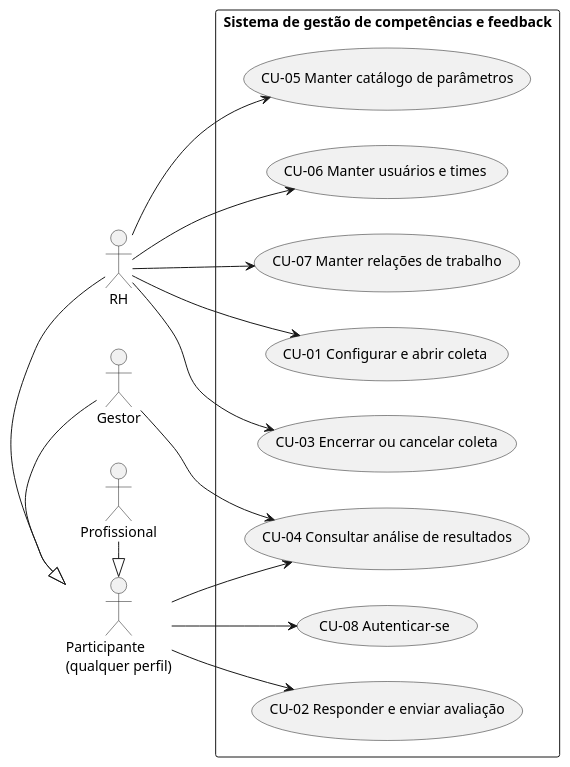
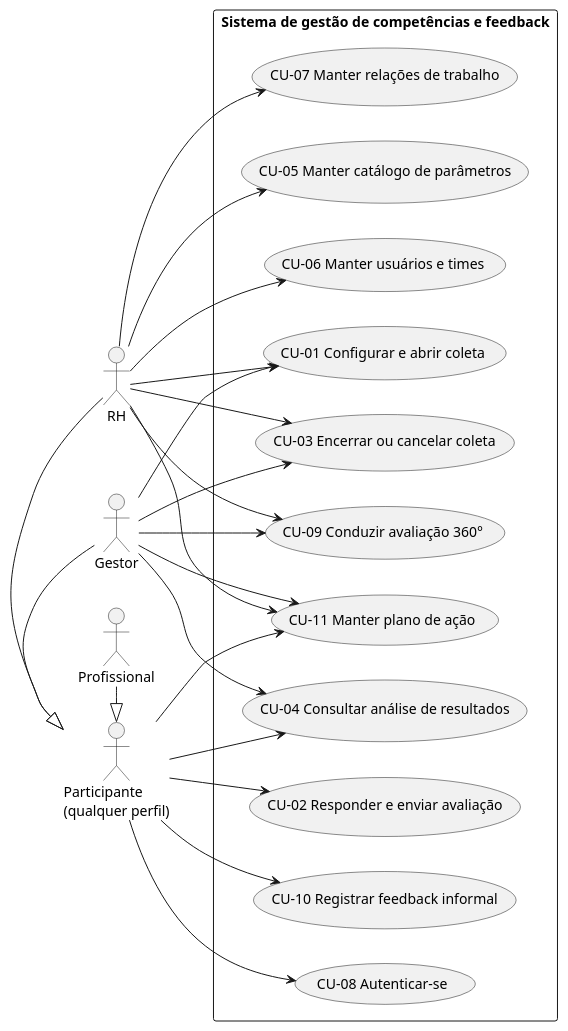
Before and after one commit to EnzoMachad0/projeto-dominios: the diagram in docs/casos-de-uso/diagrama-casos-de-uso.puml, drawn with PlantUML. The commit also changed 4 other files, not shown here.

Commit message:
docs: inclui 360°, feedback informal e plano de ação nos casos de uso (#40)

```diff
--- a/docs/casos-de-uso/diagrama-casos-de-uso.puml
+++ b/docs/casos-de-uso/diagrama-casos-de-uso.puml
@@ -1,34 +1,45 @@
 @startuml diagrama-casos-de-uso
 left to right direction
 skinparam packageStyle rectangle
 
 actor "Participante\n(qualquer perfil)" as PART
 actor RH
 actor Gestor
 actor Profissional as PROF
 
 RH -|> PART
 Gestor -|> PART
 PROF -|> PART
 
 rectangle "Sistema de gestão de competências e feedback" {
   usecase "CU-01 Configurar e abrir coleta" as CU01
   usecase "CU-02 Responder e enviar avaliação" as CU02
   usecase "CU-03 Encerrar ou cancelar coleta" as CU03
   usecase "CU-04 Consultar análise de resultados" as CU04
   usecase "CU-05 Manter catálogo de parâmetros" as CU05
   usecase "CU-06 Manter usuários e times" as CU06
   usecase "CU-07 Manter relações de trabalho" as CU07
   usecase "CU-08 Autenticar-se" as CU08
+  usecase "CU-09 Conduzir avaliação 360°" as CU09
+  usecase "CU-10 Registrar feedback informal" as CU10
+  usecase "CU-11 Manter plano de ação" as CU11
 }
 
 RH --> CU01
 RH --> CU03
 RH --> CU05
 RH --> CU06
 RH --> CU07
 PART --> CU02
 PART --> CU04
 Gestor --> CU04
 PART --> CU08
+PART --> CU10
+PART --> CU11
+RH --> CU09
+RH --> CU11
+Gestor --> CU01
+Gestor --> CU03
+Gestor --> CU09
+Gestor --> CU11
 @enduml
```
